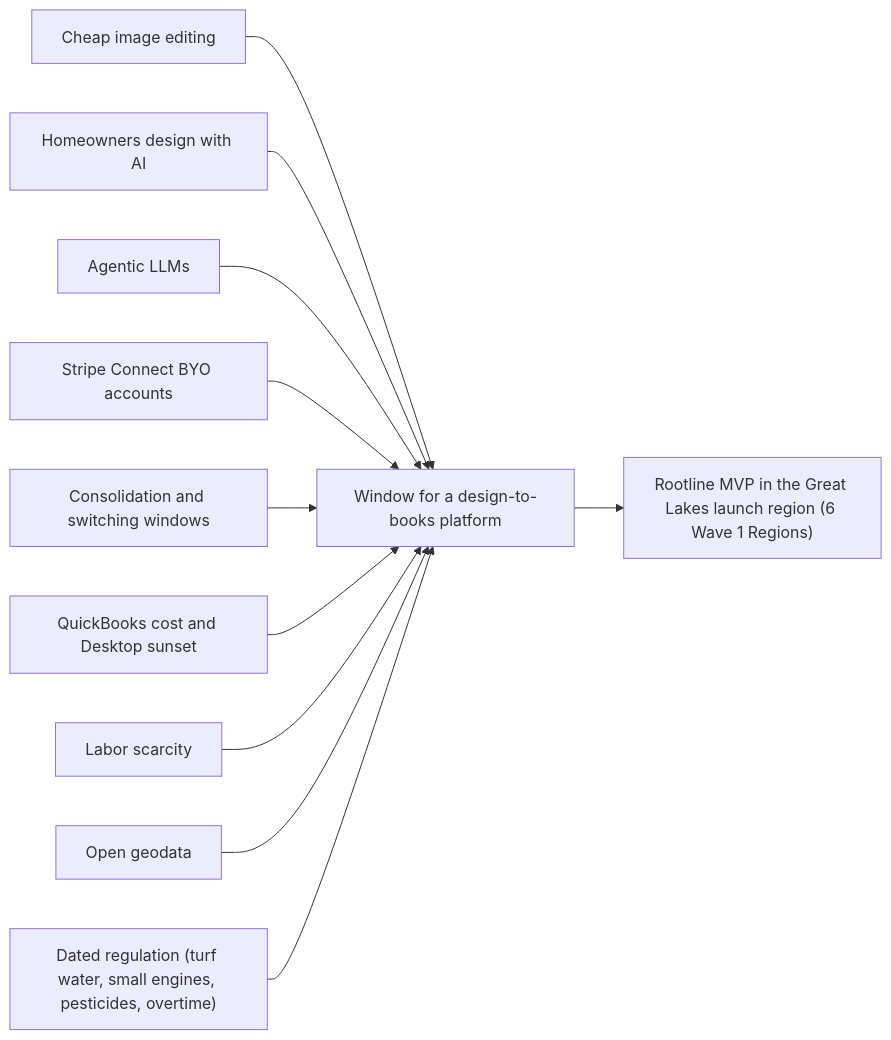
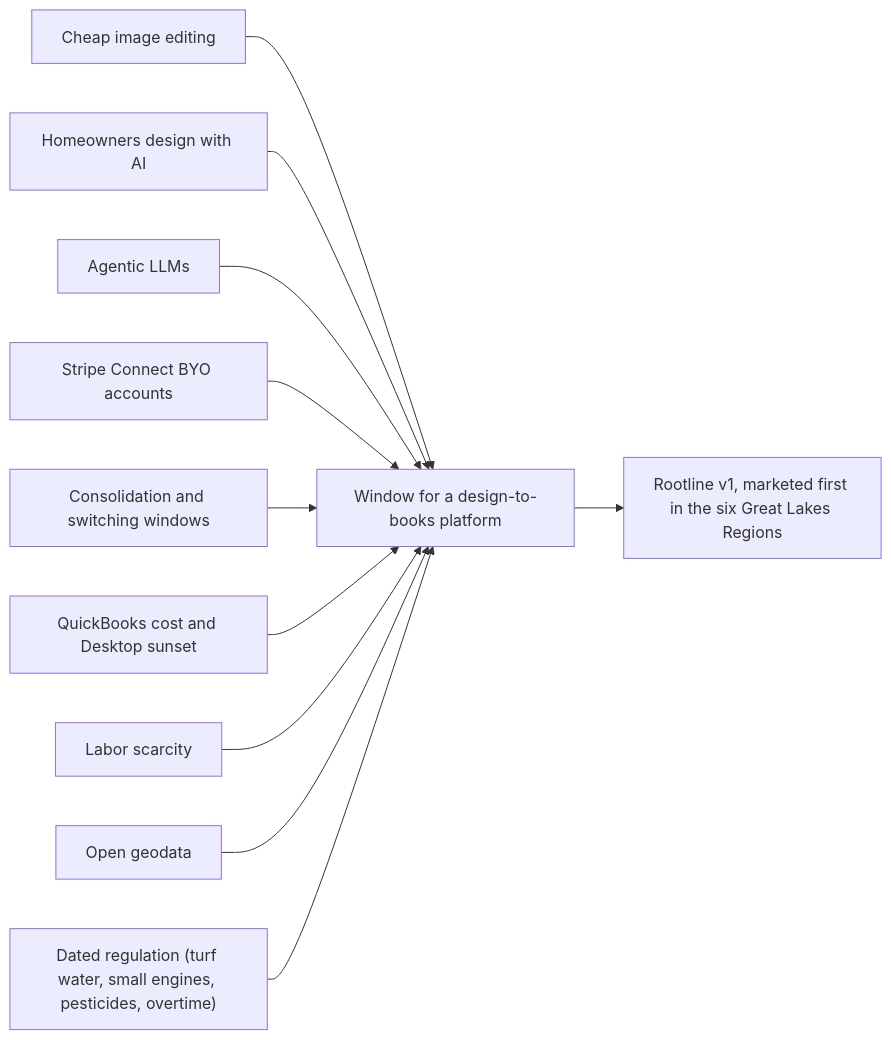
The seventh of 12 diagrams in docs/01-market-landscape.md (jdinard/landscape), drawn with Mermaid before and after one commit. The commit also changed other lines of this file and 42 other files, not shown here.

````diff
--- a/docs/01-market-landscape.md
+++ b/docs/01-market-landscape.md
@@ -858,13 +857,13 @@
 ```mermaid
 flowchart LR
   F1["Cheap image editing"] --> W["Window for a design-to-books platform"]
   F2["Homeowners design with AI"] --> W
   F3["Agentic LLMs"] --> W
   F4["Stripe Connect BYO accounts"] --> W
   F5["Consolidation and switching windows"] --> W
   F6["QuickBooks cost and Desktop sunset"] --> W
   F7["Labor scarcity"] --> W
   F8["Open geodata"] --> W
   F9["Dated regulation (turf water, small engines, pesticides, overtime)"] --> W
-  W --> R["Rootline MVP in the Great Lakes launch region (6 Wave 1 Regions)"]
+  W --> R["Rootline v1, marketed first in the six Great Lakes Regions"]
 ```
````
